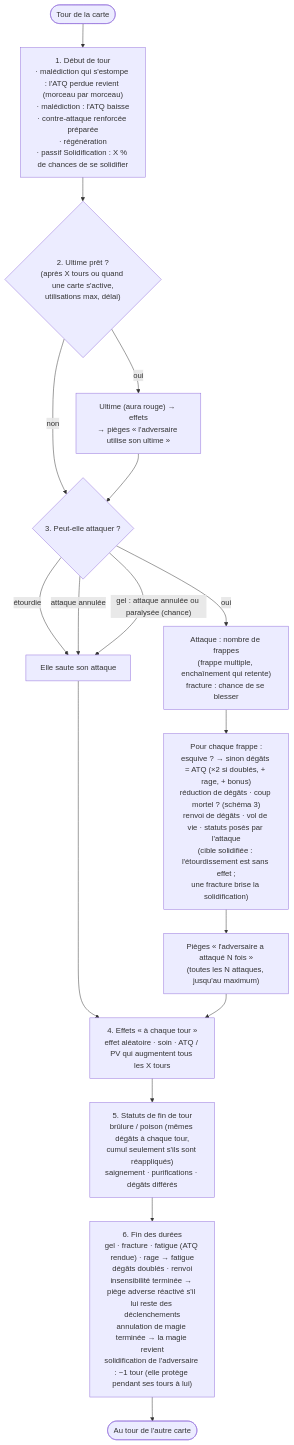
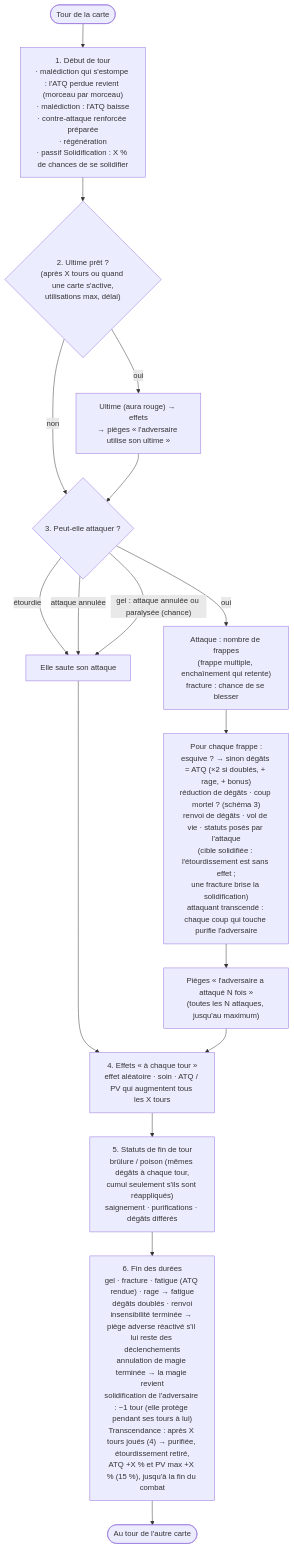
Before and after one commit to mowglitchblaat/forestcard: the third of 5 diagrams in docs/workflow-combat.md, drawn with Mermaid. The commit also changed 6 other files, not shown here.

First line of the commit message:
Nouvelle mécanique : Transcendance (après X tours joués : purifiée, ATQ/PV +X %, coups qui purifient l'adversaire) + animation

````diff
--- a/docs/workflow-combat.md
+++ b/docs/workflow-combat.md
@@ -45,19 +45,19 @@
 ```mermaid
 flowchart TD
   T0([Tour de la carte]) --> T1["1. Début de tour<br/>· malédiction qui s'estompe : l'ATQ perdue revient (morceau par morceau)<br/>· malédiction : l'ATQ baisse<br/>· contre-attaque renforcée préparée<br/>· régénération<br/>· passif Solidification : X % de chances de se solidifier"]
   T1 --> T2{"2. Ultime prêt ?<br/>(après X tours ou quand une carte s'active,<br/>utilisations max, délai)"}
   T2 -- oui --> T2a["Ultime (aura rouge) → effets<br/>→ pièges « l'adversaire utilise son ultime »"]
   T2 -- non --> T3
   T2a --> T3{"3. Peut-elle attaquer ?"}
   T3 -- "étourdie" --> T3x[Elle saute son attaque]
   T3 -- "attaque annulée" --> T3x
   T3 -- "gel : attaque annulée ou paralysée (chance)" --> T3x
   T3 -- oui --> AT["Attaque : nombre de frappes<br/>(frappe multiple, enchaînement qui retente)<br/>fracture : chance de se blesser"]
-  AT --> FR["Pour chaque frappe :<br/>esquive ? → sinon dégâts = ATQ (×2 si doublés, + rage, + bonus)<br/>réduction de dégâts · coup mortel ? (schéma 3)<br/>renvoi de dégâts · vol de vie · statuts posés par l'attaque<br/>(cible solidifiée : l'étourdissement est sans effet ;<br/>une fracture brise la solidification)"]
+  AT --> FR["Pour chaque frappe :<br/>esquive ? → sinon dégâts = ATQ (×2 si doublés, + rage, + bonus)<br/>réduction de dégâts · coup mortel ? (schéma 3)<br/>renvoi de dégâts · vol de vie · statuts posés par l'attaque<br/>(cible solidifiée : l'étourdissement est sans effet ;<br/>une fracture brise la solidification)<br/>attaquant transcendé : chaque coup qui touche purifie l'adversaire"]
   FR --> PG["Pièges « l'adversaire a attaqué N fois »<br/>(toutes les N attaques, jusqu'au maximum)"]
   T3x --> T4
   PG --> T4["4. Effets « à chaque tour »<br/>effet aléatoire · soin · ATQ / PV qui augmentent tous les X tours"]
   T4 --> T5["5. Statuts de fin de tour<br/>brûlure / poison (mêmes dégâts à chaque tour,<br/>cumul seulement s'ils sont réappliqués)<br/>saignement · purifications · dégâts différés"]
-  T5 --> T6["6. Fin des durées<br/>gel · fracture · fatigue (ATQ rendue) · rage → fatigue<br/>dégâts doublés · renvoi<br/>insensibilité terminée → piège adverse réactivé s'il lui reste des déclenchements<br/>annulation de magie terminée → la magie revient<br/>solidification de l'adversaire : −1 tour (elle protège pendant ses tours à lui)"]
+  T5 --> T6["6. Fin des durées<br/>gel · fracture · fatigue (ATQ rendue) · rage → fatigue<br/>dégâts doublés · renvoi<br/>insensibilité terminée → piège adverse réactivé s'il lui reste des déclenchements<br/>annulation de magie terminée → la magie revient<br/>solidification de l'adversaire : −1 tour (elle protège pendant ses tours à lui)<br/>Transcendance : après X tours joués (4) → purifiée, étourdissement retiré,<br/>ATQ +X % et PV max +X % (15 %), jusqu'à la fin du combat"]
   T6 --> TF([Au tour de l'autre carte])
 ```
````
